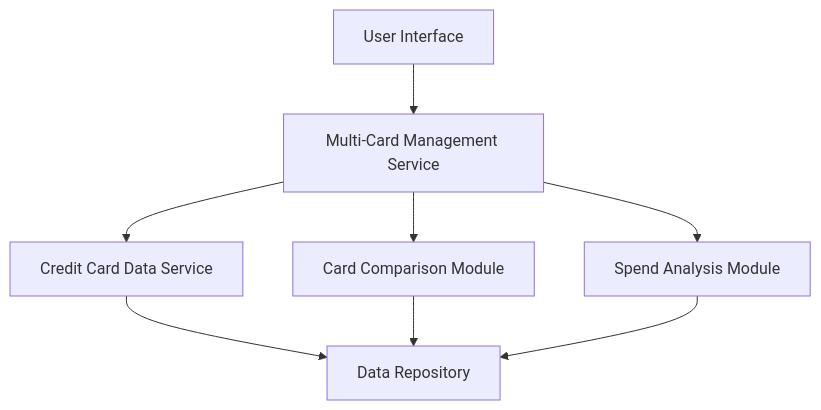
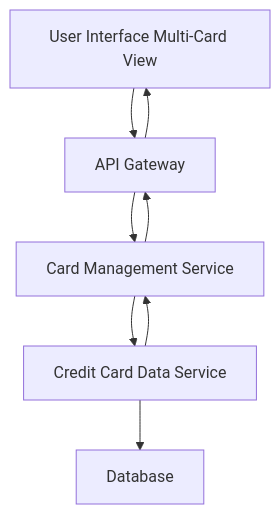
The diagram in HLD/QE-4629_HLD.md (Davamani-git/APB_Demo), drawn with Mermaid before and after one commit. The commit also changed other lines of this file and 2 other files, not shown here.

Commit message:
Automation Commit - 2026-08-23 10:36:30

````diff
--- a/HLD/QE-4629_HLD.md
+++ b/HLD/QE-4629_HLD.md
@@ -7,16 +7,15 @@
 ```mermaid
 flowchart TD
-    A["User Interface"]
-    B["Multi-Card Management Service"]
-    C["Credit Card Data Service"]
-    D["Card Comparison Module"]
-    E["Spend Analysis Module"]
-    F["Data Repository"]
+    A["User Interface Multi-Card View"]
+    B["API Gateway"]
+    C["Card Management Service"]
+    D["Credit Card Data Service"]
+    E["Database"]
     A --> B
     B --> C
-    B --> D
-    B --> E
-    C --> F
-    D --> F
-    E --> F
+    C --> D
+    D --> E
+    D --> C
+    C --> B
+    B --> A
 ```
````
